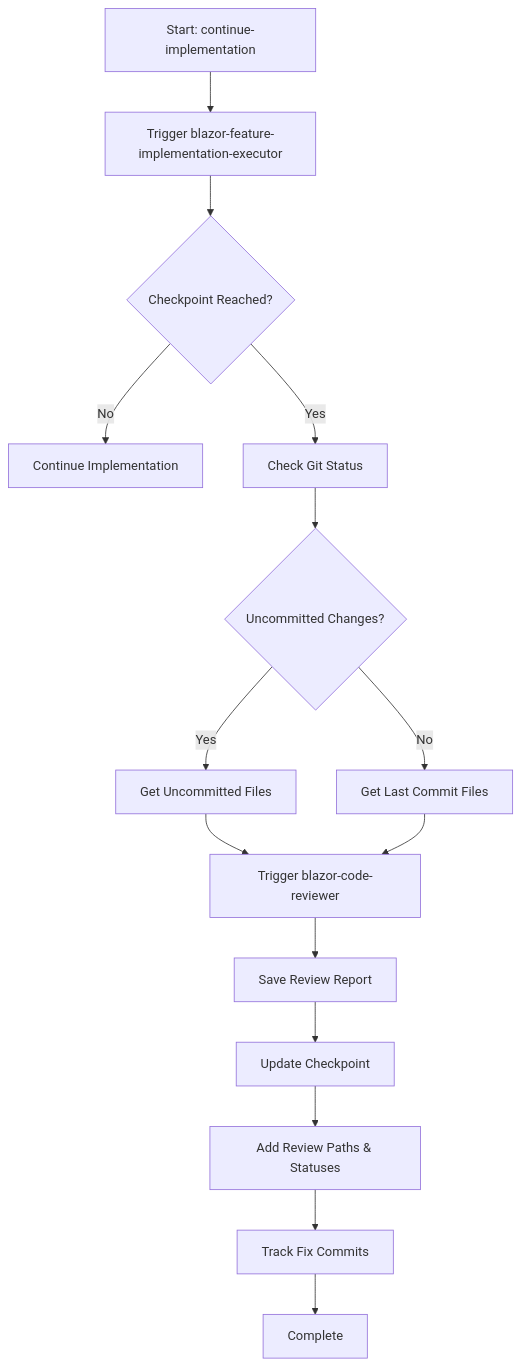
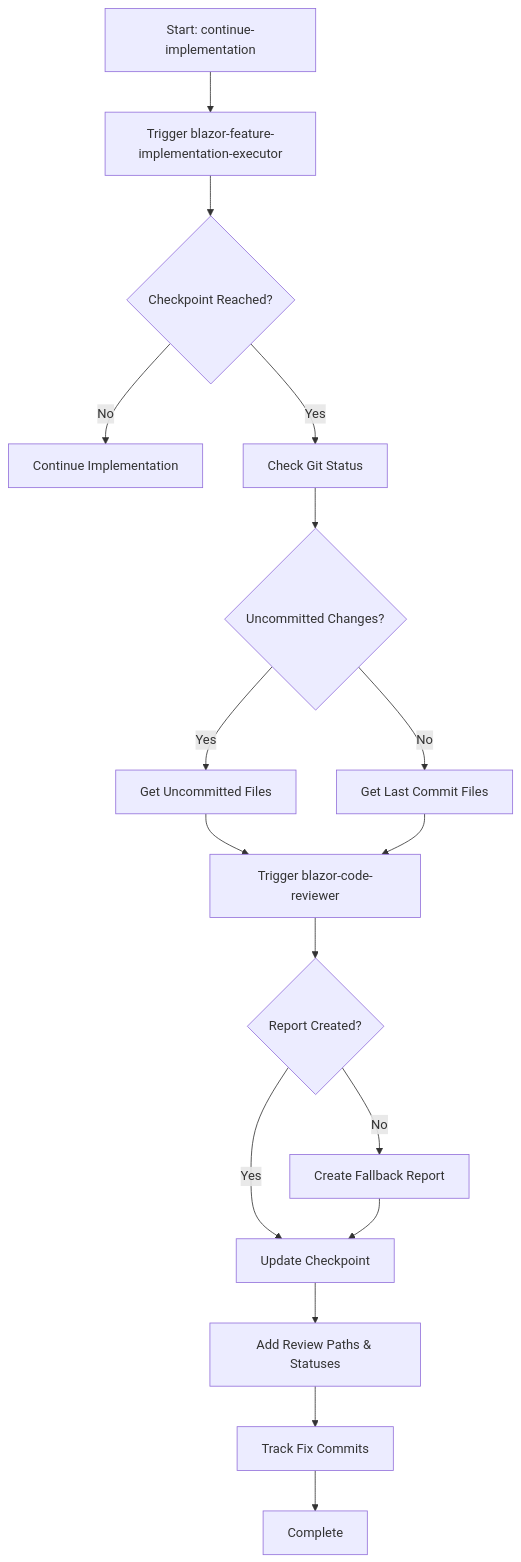
The diagram in GetFitterGetBigger.Admin/.claude/commands/continue-implementing.md (aboimpinto/GetFitterGetBigger), drawn with Mermaid before and after one commit. The commit also changed other lines of this file and 14 other files, not shown here.

````diff
--- a/GetFitterGetBigger.Admin/.claude/commands/continue-implementing.md
+++ b/GetFitterGetBigger.Admin/.claude/commands/continue-implementing.md
@@ -37,17 +40,19 @@
 ```mermaid
 graph TD
     A[Start: continue-implementation] --> B[Trigger blazor-feature-implementation-executor]
     B --> C{Checkpoint Reached?}
     C -->|No| D[Continue Implementation]
     C -->|Yes| E[Check Git Status]
     E --> F{Uncommitted Changes?}
     F -->|Yes| G[Get Uncommitted Files]
     F -->|No| H[Get Last Commit Files]
     G --> I[Trigger blazor-code-reviewer]
     H --> I
-    I --> J[Save Review Report]
-    J --> K[Update Checkpoint]
-    K --> L[Add Review Paths & Statuses]
-    L --> M[Track Fix Commits]
-    M --> N[Complete]
+    I --> J{Report Created?}
+    J -->|Yes| K[Update Checkpoint]
+    J -->|No| L[Create Fallback Report]
+    L --> K
+    K --> M[Add Review Paths & Statuses]
+    M --> N[Track Fix Commits]
+    N --> O[Complete]
 ```
````
